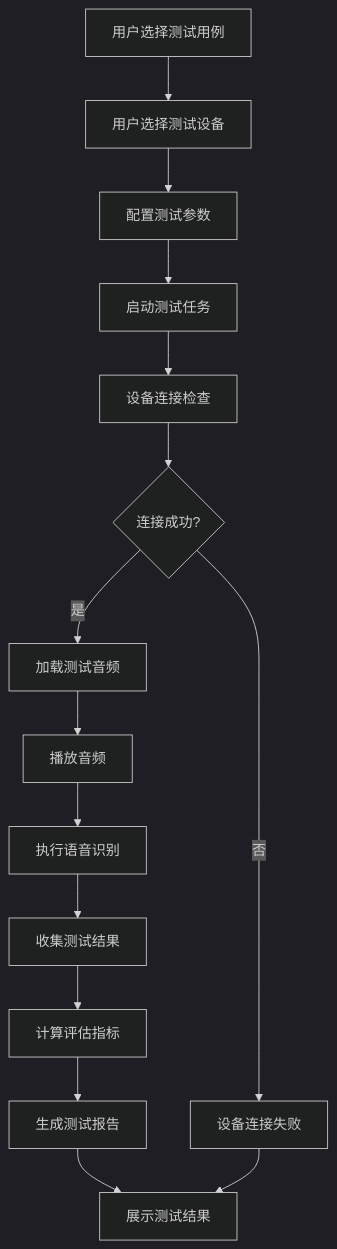
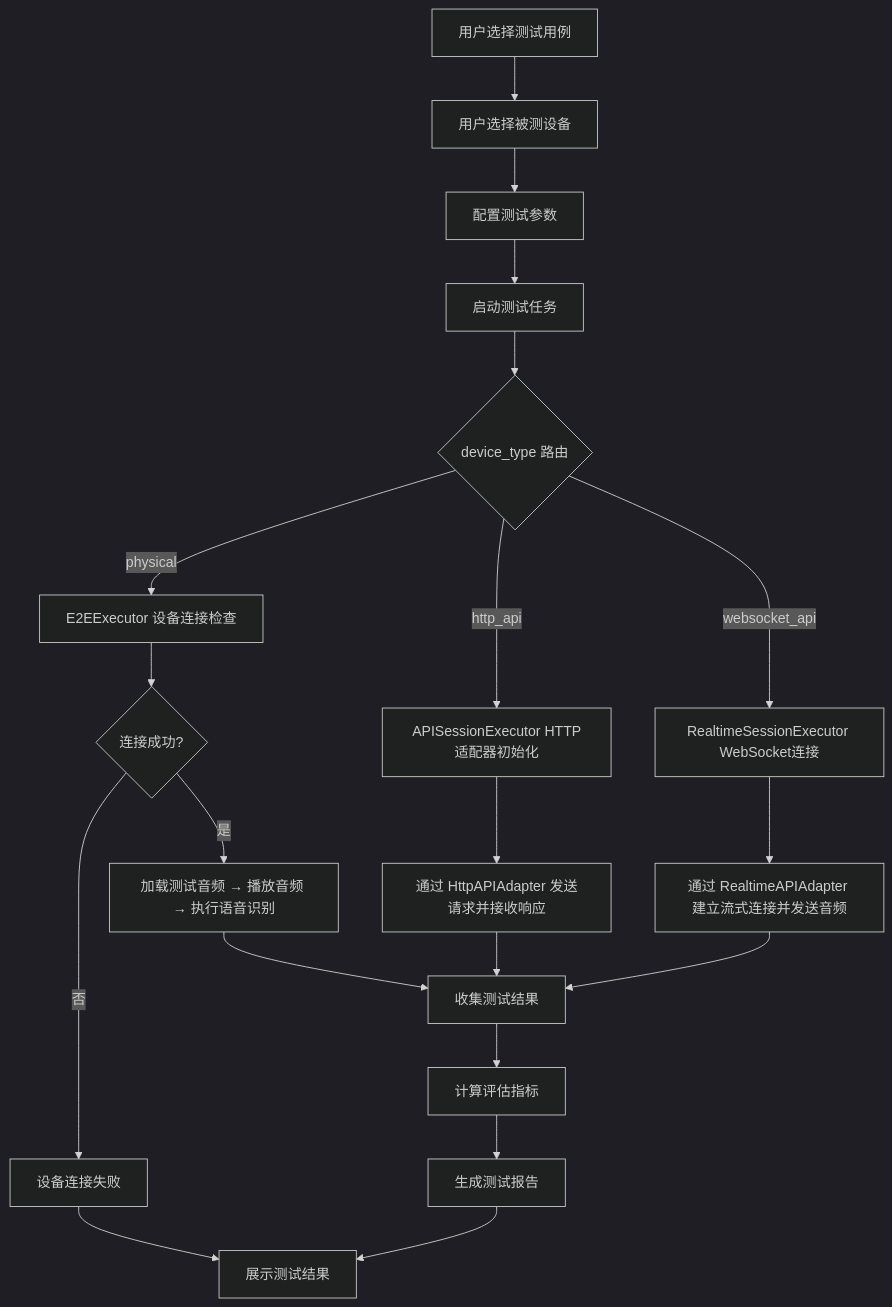
Before and after one commit to ydz-auto/intelligent_audio_test: the first of 3 diagrams in Intelligent-Audio-TEST/doc/功能设计文档/01_测试执行/端到端测试功能设计文档.md, drawn with Mermaid (dark theme). The commit also changed other lines of this file and 92 other files, not shown here.

````diff
--- a/Intelligent-Audio-TEST/doc/功能设计文档/01_测试执行/端到端测试功能设计文档.md
+++ b/Intelligent-Audio-TEST/doc/功能设计文档/01_测试执行/端到端测试功能设计文档.md
@@ -205,17 +215,22 @@
 ```mermaid
 flowchart TD
-    A[用户选择测试用例] --> B[用户选择测试设备]
+    A[用户选择测试用例] --> B[用户选择被测设备]
     B --> C[配置测试参数]
     C --> D[启动测试任务]
-    D --> E[设备连接检查]
-    E --> F{连接成功?}
-    F -->|否| G[设备连接失败]
-    F -->|是| H[加载测试音频]
-    H --> I[播放音频]
-    I --> J[执行语音识别]
-    J --> K[收集测试结果]
-    K --> L[计算评估指标]
-    L --> M[生成测试报告]
-    M --> N[展示测试结果]
-    G --> N
+    D --> E{device_type 路由}
+    E -->|physical| F1[E2EExecutor 设备连接检查]
+    E -->|http_api| F2[APISessionExecutor HTTP适配器初始化]
+    E -->|websocket_api| F3[RealtimeSessionExecutor WebSocket连接]
+    F1 --> G1{连接成功?}
+    G1 -->|否| H1[设备连接失败]
+    G1 -->|是| I1[加载测试音频 → 播放音频 → 执行语音识别]
+    F2 --> I2[通过 HttpAPIAdapter 发送请求并接收响应]
+    F3 --> I3[通过 RealtimeAPIAdapter 建立流式连接并发送音频]
+    I1 --> J[收集测试结果]
+    I2 --> J
+    I3 --> J
+    J --> K[计算评估指标]
+    K --> L[生成测试报告]
+    L --> M[展示测试结果]
+    H1 --> M
 ```
````
